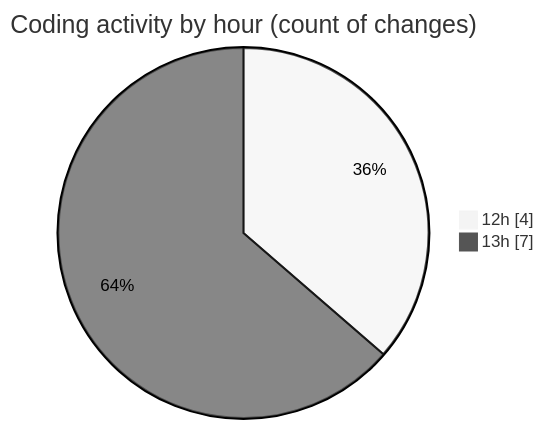
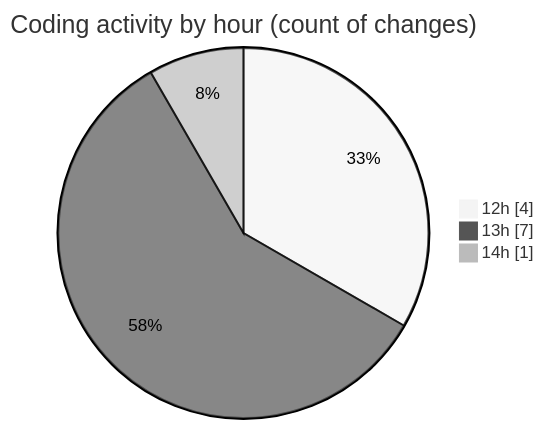
The second of 2 diagrams in 2025-10-25/untitled__workspace_/README.md (MatusMokan/code-tracking), drawn with Mermaid (neutral theme) before and after one commit. The commit also changed other lines of this file and 1 other file, not shown here.

````diff
--- a/2025-10-25/untitled__workspace_/README.md
+++ b/2025-10-25/untitled__workspace_/README.md
@@ -28,6 +28,7 @@
 ```mermaid
 pie showData
 title Coding activity by hour (count of changes)
 "12h" : 4
 "13h" : 7
+"14h" : 1
 ```
````
